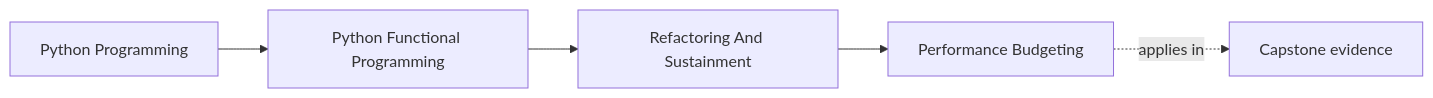
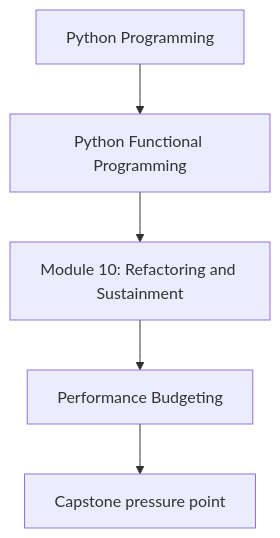
The first of 2 diagrams in programs/python-programming/python-functional-programming/course-book/module-10-refactoring-and-sustainment/performance-budgeting.md (bijux/bijux-masterclass), drawn with Mermaid before and after one commit. The commit also changed other lines of this file and 118 other files, not shown here.

Commit message:
docs(python-functional-programming): align concept page diagrams

````diff
--- a/programs/python-programming/python-functional-programming/course-book/module-10-refactoring-and-sustainment/performance-budgeting.md
+++ b/programs/python-programming/python-functional-programming/course-book/module-10-refactoring-and-sustainment/performance-budgeting.md
@@ -7,11 +7,7 @@
 ```mermaid
-graph LR
-  family["Python Programming"]
-  program["Python Functional Programming"]
-  section["Refactoring And Sustainment"]
-  page["Performance Budgeting"]
-  capstone["Capstone evidence"]
-
-  family --> program --> section --> page
-  page -.applies in.-> capstone
+flowchart TD
+  family["Python Programming"] --> program["Python Functional Programming"]
+  program --> module["Module 10: Refactoring and Sustainment"]
+  module --> concept["Performance Budgeting"]
+  concept --> capstone["Capstone pressure point"]
 ```
````
